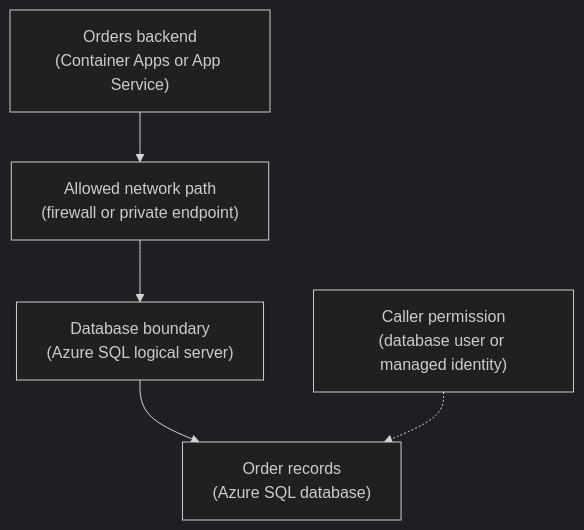
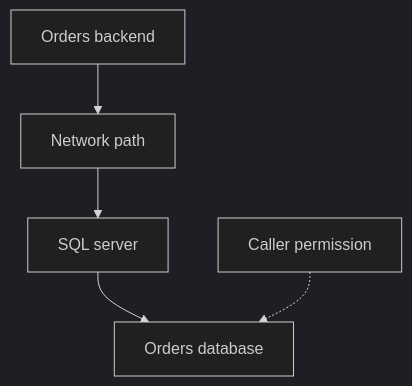
The diagram in cloud-providers/azure/storage-databases/azure-sql-database.md (senlinyy/dev-roadmaps), drawn with Mermaid (dark theme) before and after one commit. The commit also changed 141 other files, not shown here.

````diff
--- a/cloud-providers/azure/storage-databases/azure-sql-database.md
+++ b/cloud-providers/azure/storage-databases/azure-sql-database.md
@@ -128,13 +128,13 @@
 ```mermaid
 flowchart TD
-    App["Orders backend<br/>(Container Apps or App Service)"]
-    Network["Allowed network path<br/>(firewall or private endpoint)"]
-    Server["Database boundary<br/>(Azure SQL logical server)"]
-    Database["Order records<br/>(Azure SQL database)"]
-    Identity["Caller permission<br/>(database user or managed identity)"]
+    App["Orders backend"]
+    Network["Network path"]
+    Server["SQL server"]
+    Database["Orders database"]
+    Identity["Caller permission"]
 
     App --> Network
     Network --> Server
     Server --> Database
     Identity -.-> Database
 ```
````
